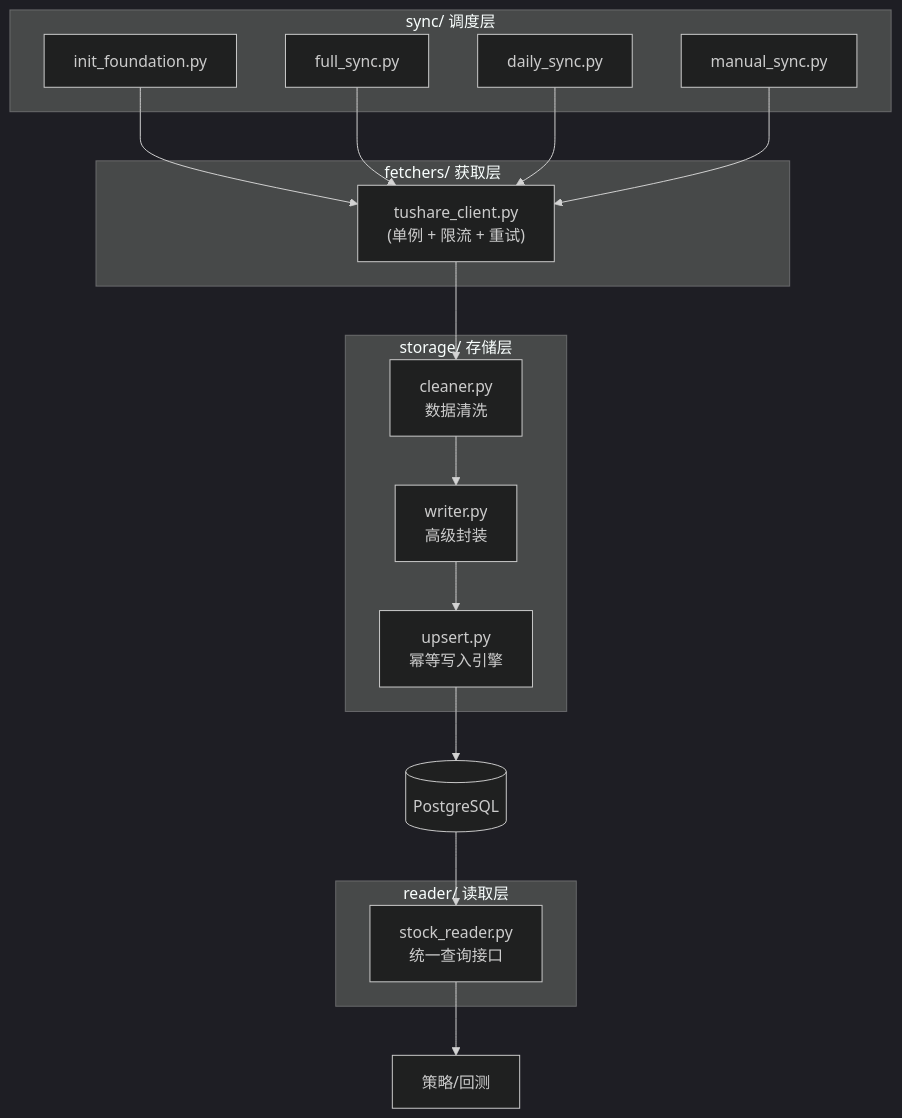
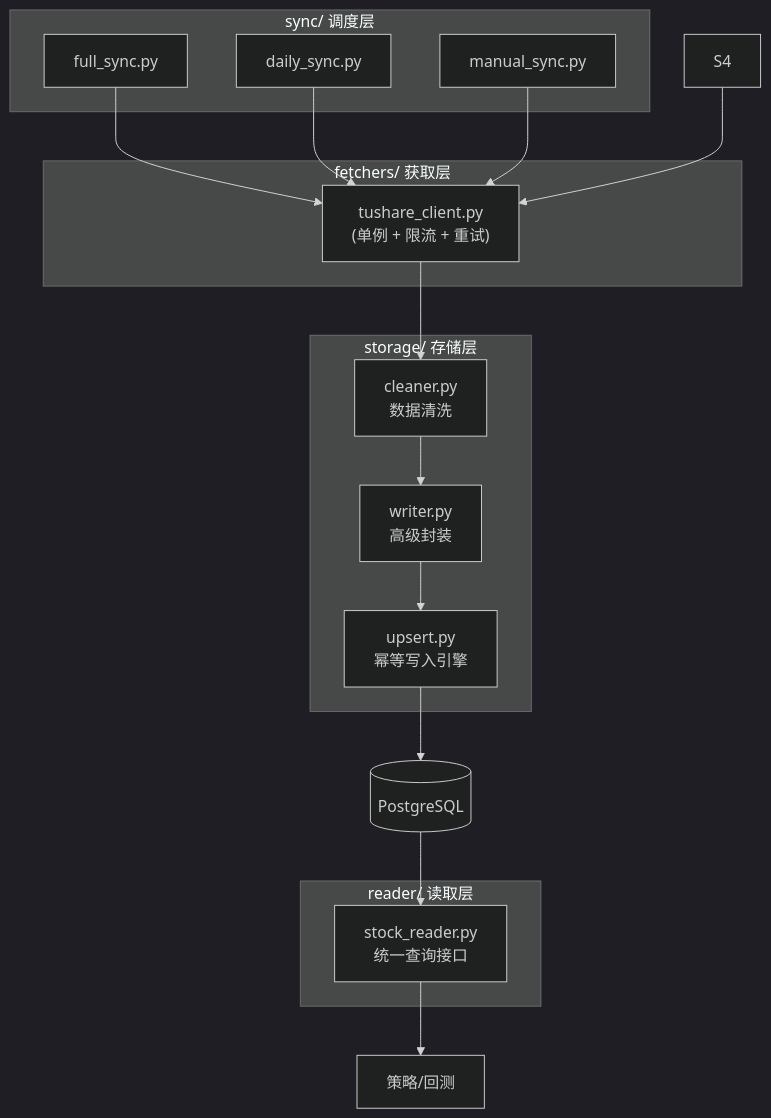
The second of 6 diagrams in docs/设计文档.md (userzeroc/vcp_akshare), drawn with Mermaid (dark theme) before and after one commit. The commit also changed other lines of this file and 6 other files, not shown here.

````diff
--- a/docs/设计文档.md
+++ b/docs/设计文档.md
@@ -331,31 +330,30 @@
 ```mermaid
 graph TB
     subgraph "sync/ 调度层"
-        S1["init_foundation.py"]
-        S2["full_sync.py"]
-        S3["daily_sync.py"]
-        S4["manual_sync.py"]
+        S1["full_sync.py"]
+        S2["daily_sync.py"]
+        S3["manual_sync.py"]
     end
 
     subgraph "fetchers/ 获取层"
         F1["tushare_client.py<br/>(单例 + 限流 + 重试)"]
     end
 
     subgraph "storage/ 存储层"
         ST1["cleaner.py<br/>数据清洗"]
         ST2["writer.py<br/>高级封装"]
         ST3["upsert.py<br/>幂等写入引擎"]
     end
 
     subgraph "reader/ 读取层"
         R1["stock_reader.py<br/>统一查询接口"]
     end
 
     S1 & S2 & S3 & S4 --> F1
     F1 --> ST1
     ST1 --> ST2
     ST2 --> ST3
     ST3 --> DB[(PostgreSQL)]
     DB --> R1
     R1 --> STRATEGY["策略/回测"]
 ```
````
